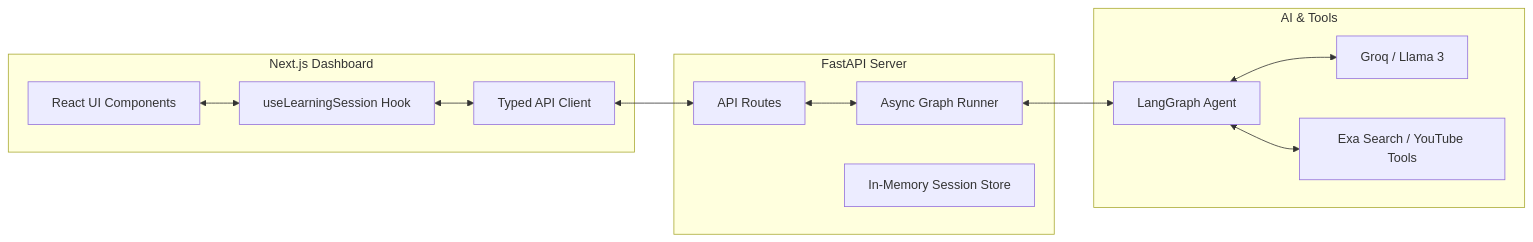
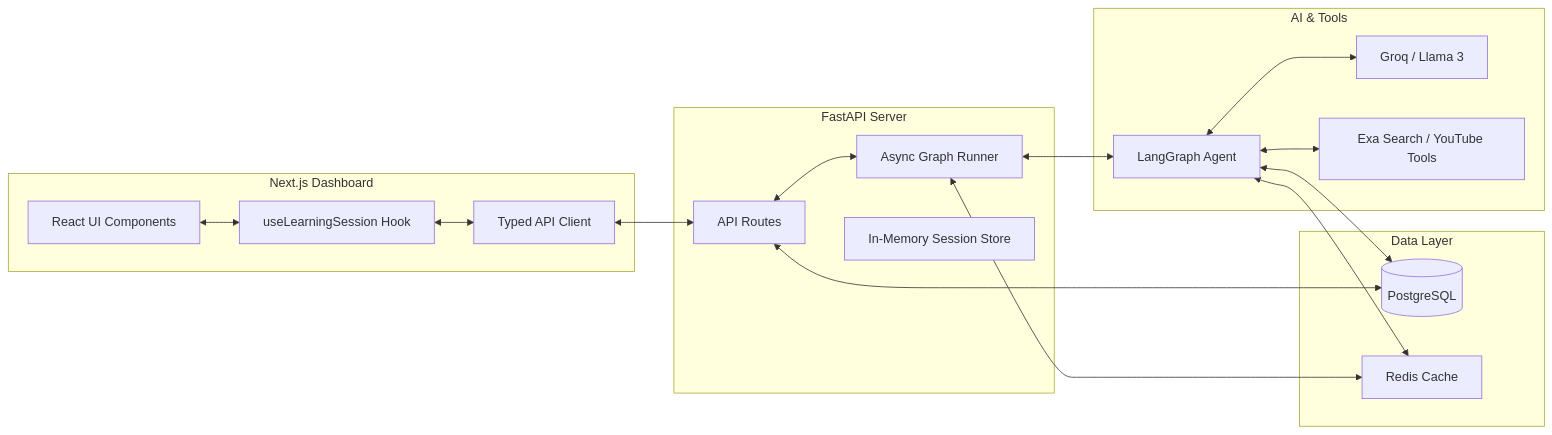
One commit to anish170805/gyanpath changed the first of 7 diagrams in README.md. Above: the diagram before and after it, drawn with Mermaid. The commit also changed other lines of this file and 21 other files, not shown here.

````diff
--- a/README.md
+++ b/README.md
@@ -13,28 +13,37 @@
 ```mermaid
 graph LR
     subgraph Frontend [Next.js Dashboard]
         UI[React UI Components]
         Hook[useLearningSession Hook]
         API_Client[Typed API Client]
     end
 
     subgraph Backend [FastAPI Server]
         Routes[API Routes]
         Runner[Async Graph Runner]
         Store[In-Memory Session Store]
     end
 
     subgraph Intelligence [AI & Tools]
         LG[LangGraph Agent]
         LLM[Groq / Llama 3]
         Tools[Exa Search / YouTube Tools]
     end
 
+    subgraph Data [Data Layer]
+        DB[(PostgreSQL)]
+        Cache[Redis Cache]
+    end
+
     UI <--> Hook
     Hook <--> API_Client
     API_Client <--> Routes
     Routes <--> Runner
     Runner <--> LG
     LG <--> LLM
     LG <--> Tools
+    LG <--> DB
+    LG <--> Cache
+    Routes <--> DB
+    Runner <--> Cache
 ```
````
